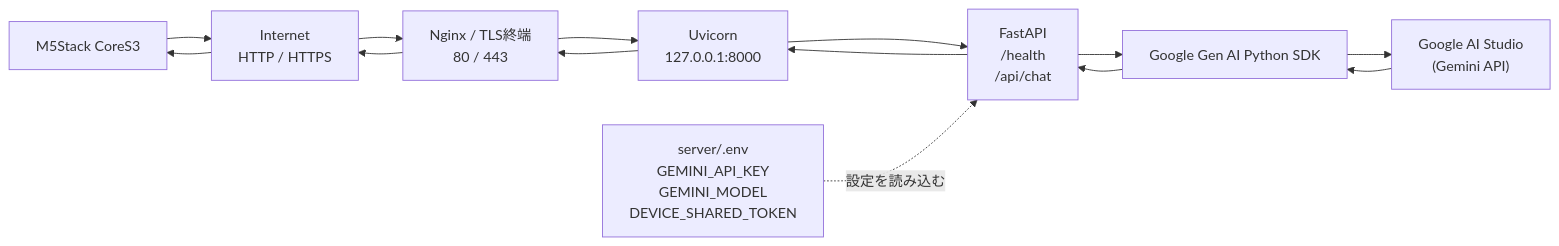
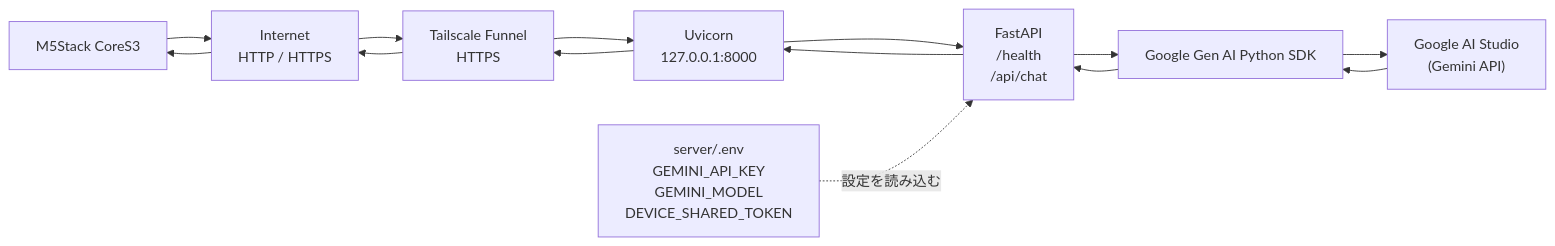
Before and after one commit to u-akira/ai-edge-server: the diagram in README.md, drawn with Mermaid. The commit also changed other lines of this file and 1 other file, not shown here.

Commit message:
Add Tailscale manual setup

````diff
--- a/README.md
+++ b/README.md
@@ -31,17 +31,17 @@
 ```mermaid
 flowchart LR
     device["M5Stack CoreS3"]
     edge["Internet<br/>HTTP / HTTPS"]
-    proxy["Nginx / TLS終端<br/>80 / 443"]
+    proxy["Tailscale Funnel<br/>HTTPS"]
     app["Uvicorn<br/>127.0.0.1:8000"]
     fastapi["FastAPI<br/>/health<br/>/api/chat"]
     env["server/.env<br/>GEMINI_API_KEY<br/>GEMINI_MODEL<br/>DEVICE_SHARED_TOKEN"]
     sdk["Google Gen AI Python SDK"]
     gemini["Google AI Studio<br/>(Gemini API)"]
 
     device --> edge --> proxy --> app --> fastapi
     env -.->|設定を読み込む| fastapi
     fastapi --> sdk --> gemini
     gemini --> sdk --> fastapi
     fastapi --> app --> proxy --> edge --> device
 ```
````
